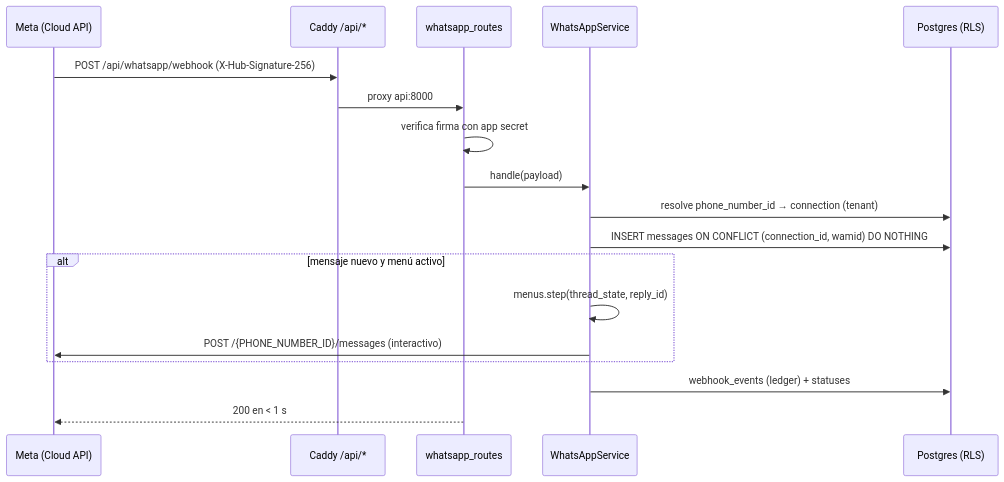
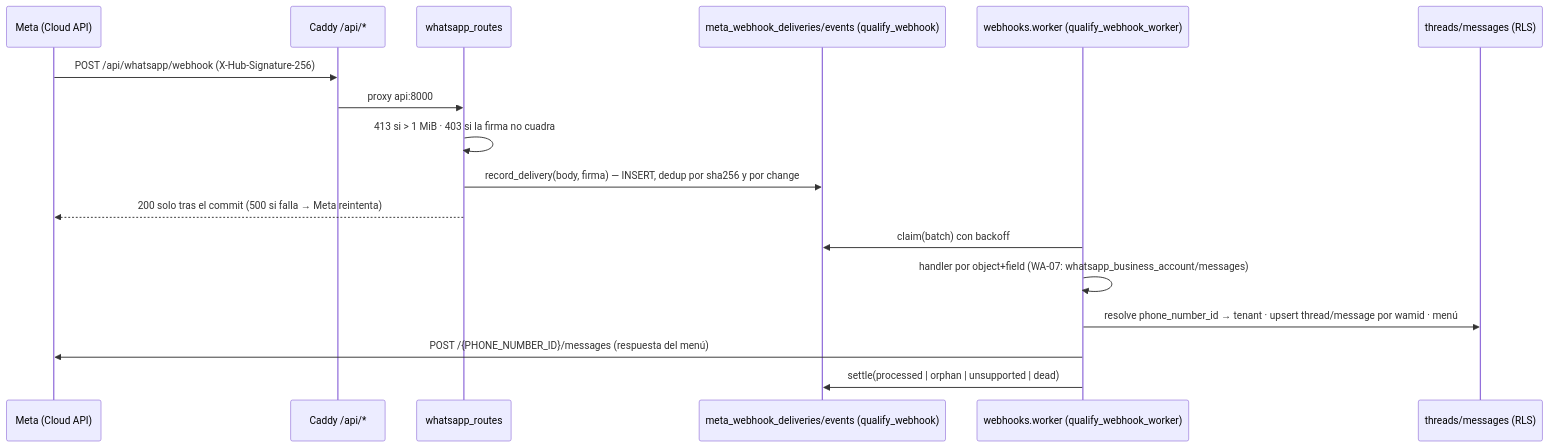
One commit to AttitudeFactory/Qualify changed the diagram in docs/plan-modulo-whatsapp-cloud-api.md. Above: the diagram before and after it, drawn with Mermaid. The commit also changed other lines of this file and 5 other files, not shown here.

First line of the commit message:
feat(whatsapp): record webhook deliveries in the shared Meta intake (QUA-147)

````diff
--- a/docs/plan-modulo-whatsapp-cloud-api.md
+++ b/docs/plan-modulo-whatsapp-cloud-api.md
@@ -243,20 +246,19 @@
 ```mermaid
 sequenceDiagram
     participant WA as Meta (Cloud API)
     participant C as Caddy /api/*
     participant R as whatsapp_routes
-    participant S as WhatsAppService
-    participant DB as Postgres (RLS)
+    participant I as meta_webhook_deliveries/events (qualify_webhook)
+    participant W as webhooks.worker (qualify_webhook_worker)
+    participant DB as threads/messages (RLS)
     WA->>C: POST /api/whatsapp/webhook (X-Hub-Signature-256)
     C->>R: proxy api:8000
-    R->>R: verifica firma con app secret
-    R->>S: handle(payload)
-    S->>DB: resolve phone_number_id → connection (tenant)
-    S->>DB: INSERT messages ON CONFLICT (connection_id, wamid) DO NOTHING
-    alt mensaje nuevo y menú activo
-        S->>S: menus.step(thread_state, reply_id)
-        S->>WA: POST /{PHONE_NUMBER_ID}/messages (interactivo)
-    end
-    S->>DB: webhook_events (ledger) + statuses
-    R-->>WA: 200 en < 1 s
+    R->>R: 413 si > 1 MiB · 403 si la firma no cuadra
+    R->>I: record_delivery(body, firma) — INSERT, dedup por sha256 y por change
+    R-->>WA: 200 solo tras el commit (500 si falla → Meta reintenta)
+    W->>I: claim(batch) con backoff
+    W->>W: handler por object+field (WA-07: whatsapp_business_account/messages)
+    W->>DB: resolve phone_number_id → tenant · upsert thread/message por wamid · menú
+    W->>WA: POST /{PHONE_NUMBER_ID}/messages (respuesta del menú)
+    W->>I: settle(processed | orphan | unsupported | dead)
 ```
````
